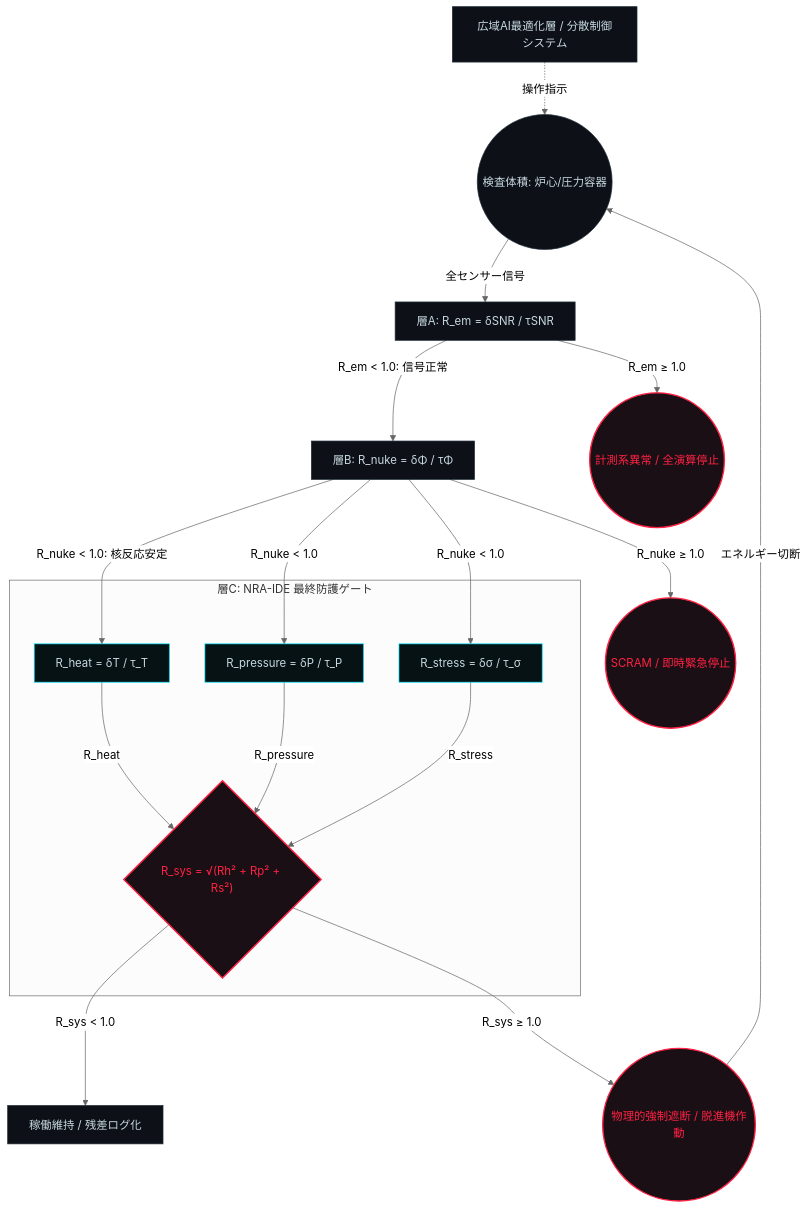
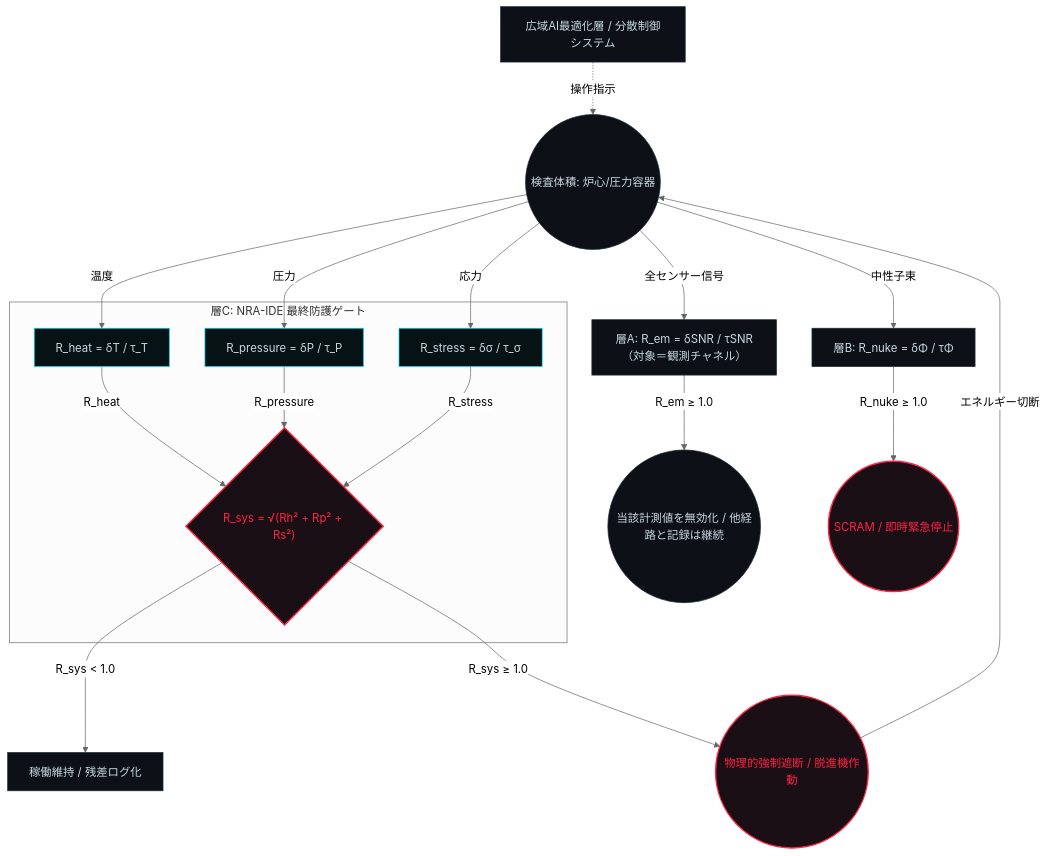
The diagram in multi-physics-safety-gate/Multi-Physics_Safety_Gate_Architecture_JP.md (M-Tokun/NRA-IDE), drawn with Mermaid (neutral theme) before and after one commit. The commit also changed other lines of this file and 7 other files, not shown here.

````diff
--- a/multi-physics-safety-gate/Multi-Physics_Safety_Gate_Architecture_JP.md
+++ b/multi-physics-safety-gate/Multi-Physics_Safety_Gate_Architecture_JP.md
@@ -143,47 +158,47 @@
 ```mermaid
 
 graph TD
 
     AI[広域AI最適化層 / 分散制御システム] -.->|操作指示| Plant((検査体積: 炉心/圧力容器))
 
-    Plant -->|全センサー信号| EMI["層A: R_em = δSNR / τSNR"]
+    Plant -->|全センサー信号| EMI["層A: R_em = δSNR / τSNR（対象＝観測チャネル）"]
 
-    EMI -->|R_em < 1.0: 信号正常| NUKE["層B: R_nuke = δΦ / τΦ"]
+    EMI -->|R_em ≥ 1.0| Invalid((当該計測値を無効化 / 他経路と記録は継続))
 
-    EMI -->|R_em ≥ 1.0| HaltA((計測系異常 / 全演算停止))
+    Plant -->|中性子束| NUKE["層B: R_nuke = δΦ / τΦ"]
 
-    NUKE -->|R_nuke < 1.0: 核反応安定| CalcT["R_heat = δT / τ_T"]
+    Plant -->|温度| CalcT["R_heat = δT / τ_T"]
 
-    NUKE -->|R_nuke < 1.0| CalcP["R_pressure = δP / τ_P"]
+    Plant -->|圧力| CalcP["R_pressure = δP / τ_P"]
 
-    NUKE -->|R_nuke < 1.0| CalcS["R_stress = δσ / τ_σ"]
+    Plant -->|応力| CalcS["R_stress = δσ / τ_σ"]
 
     NUKE -->|R_nuke ≥ 1.0| HaltB((SCRAM / 即時緊急停止))
 
     subgraph 層C: NRA-IDE 最終防護ゲート
 
         CalcT -->|R_heat| Gate{"R_sys = √(Rh² + Rp² + Rs²)"}
 
         CalcP -->|R_pressure| Gate
 
         CalcS -->|R_stress| Gate
 
     end
 
     Gate -->|R_sys < 1.0| Steady[稼働維持 / 残差ログ化]
 
     Gate -->|R_sys ≥ 1.0| HaltC((物理的強制遮断 / 脱進機作動))
 
     HaltC -->|エネルギー切断| Plant
 
     classDef safe fill:#061214,stroke:#00e5ff,stroke-width:1px,color:#c8d8e0;
 
     classDef gate fill:#1a0f14,stroke:#ff2244,stroke-width:2px,color:#ff2244;
 
     classDef default fill:#0d1117,stroke:#1c2a36,color:#c8d8e0;
 
     class CalcT,CalcP,CalcS safe;
 
-    class Gate,HaltA,HaltB,HaltC gate;
+    class Gate,HaltB,HaltC gate;
 
 ```
````
